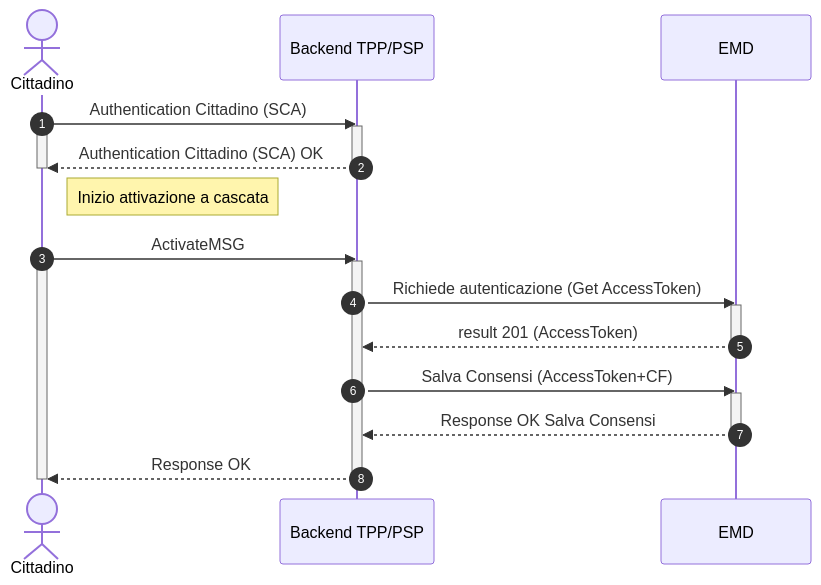
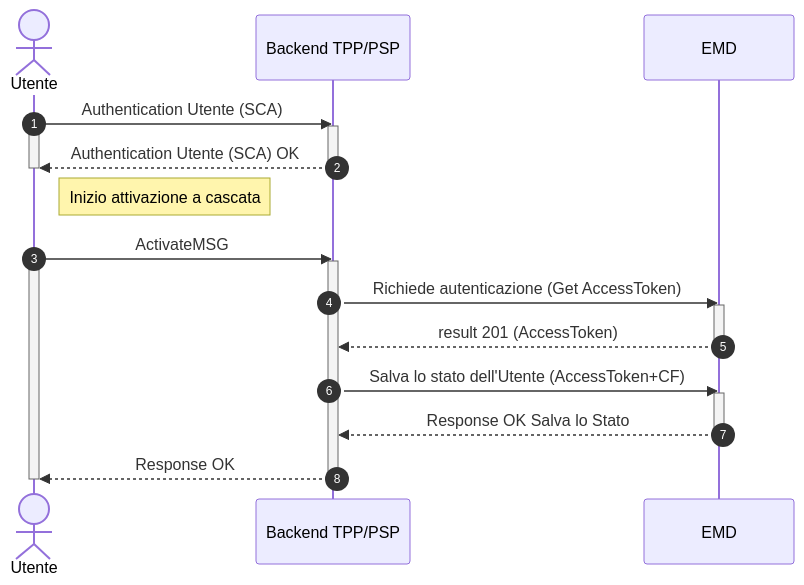
Before and after one commit to pagopa/devportal-docs: the diagram in docs/mdc/manuale-operativo/v1.0/tutorial-per-i-psp/02-ext-processo-citizen-activation.md, drawn with Mermaid. The commit also changed other lines of this file and 41 other files, not shown here.

````diff
--- a/docs/mdc/manuale-operativo/v1.0/tutorial-per-i-psp/02-ext-processo-citizen-activation.md
+++ b/docs/mdc/manuale-operativo/v1.0/tutorial-per-i-psp/02-ext-processo-citizen-activation.md
@@ -36,39 +29,39 @@
 ```mermaid
 sequenceDiagram
     autonumber
 
-%%title Attivazione Servizio da parte del Cittadino da Canale TPP/PSP    
+%%title Attivazione Servizio da parte del Utente    
 
 %% Partecipanti
-    actor Cittadino
+    actor Utente
     participant BETPP as Backend TPP/PSP
     participant EMD as EMD
 
  %% PRIMO BLOCCO: Autenticazione
-    Cittadino->>BETPP: Authentication Cittadino (SCA)
-    activate Cittadino
+    Utente->>BETPP: Authentication Utente (SCA)
+    activate Utente
     activate BETPP
-    BETPP-->>Cittadino: Authentication Cittadino (SCA) OK
+    BETPP-->>Utente: Authentication Utente (SCA) OK
     deactivate BETPP
-    deactivate Cittadino
+    deactivate Utente
 
 %% SECONDO BLOCCO: attivazione a cascata
-    Note right of Cittadino: Inizio attivazione a cascata
-    Cittadino->>BETPP: ActivateMSG
-    activate Cittadino
+    Note right of Utente: Inizio attivazione a cascata
+    Utente->>BETPP: ActivateMSG
+    activate Utente
     activate BETPP
     
     BETPP->>EMD: Richiede autenticazione (Get AccessToken)
     activate EMD
     EMD-->>BETPP: result 201 (AccessToken)
     deactivate EMD
     
-    BETPP->>EMD: Salva Consensi (AccessToken+CF)
+    BETPP->>EMD: Salva lo stato dell'Utente (AccessToken+CF)
     activate EMD
-    EMD-->>BETPP: Response OK Salva Consensi
+    EMD-->>BETPP: Response OK Salva lo Stato
     deactivate EMD
     
-    BETPP-->>Cittadino: Response OK
+    BETPP-->>Utente: Response OK
     deactivate BETPP
-    deactivate Cittadino
+    deactivate Utente
 ```
````
